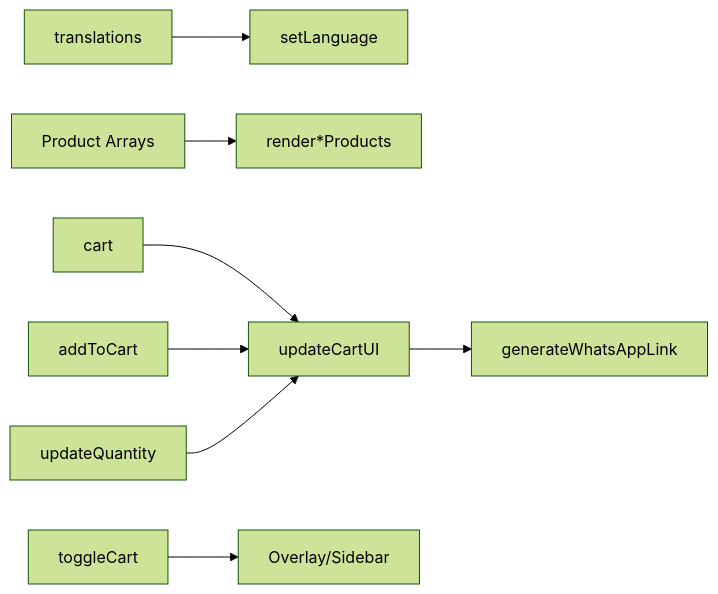
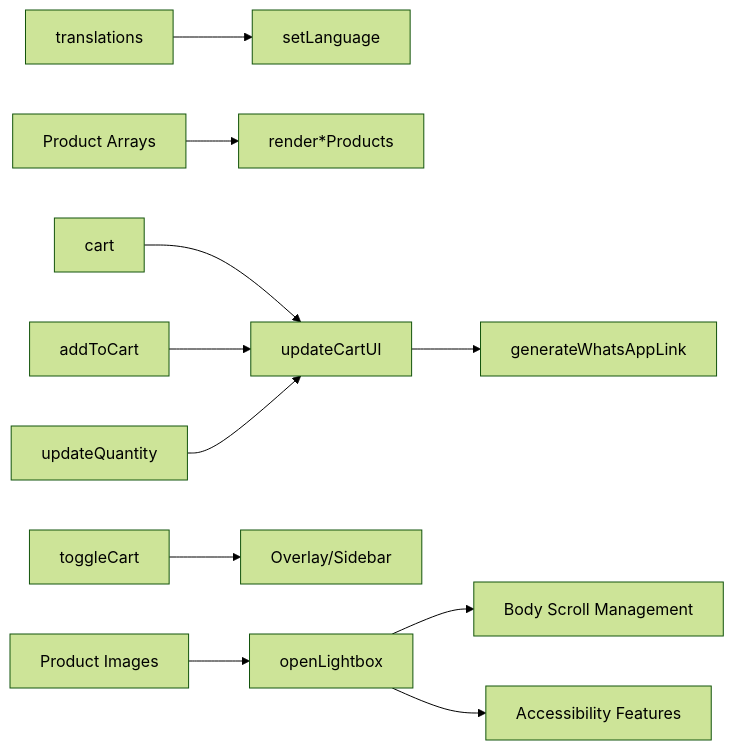
The fifth of 5 diagrams in .qoder/repowiki/en/content/User Interface Components/Interactive Elements/Interactive Elements.md (queenflowerhk/queenflowerhk.github.io), drawn with Mermaid (forest theme) before and after one commit. The commit also changed other lines of this file and 13 other files, not shown here.

````diff
--- a/.qoder/repowiki/en/content/User Interface Components/Interactive Elements/Interactive Elements.md
+++ b/.qoder/repowiki/en/content/User Interface Components/Interactive Elements/Interactive Elements.md
@@ -247,10 +321,13 @@
 ```mermaid
 graph LR
 T["translations"] --> L["setLanguage"]
 P["Product Arrays"] --> R["render*Products"]
 C["cart"] --> U["updateCartUI"]
 U --> W["generateWhatsAppLink"]
 A["addToCart"] --> U
 Q["updateQuantity"] --> U
 S["toggleCart"] --> O["Overlay/Sidebar"]
+IMG["Product Images"] --> LB["openLightbox"]
+LB --> BS["Body Scroll Management"]
+LB --> ACC["Accessibility Features"]
 ```
````
